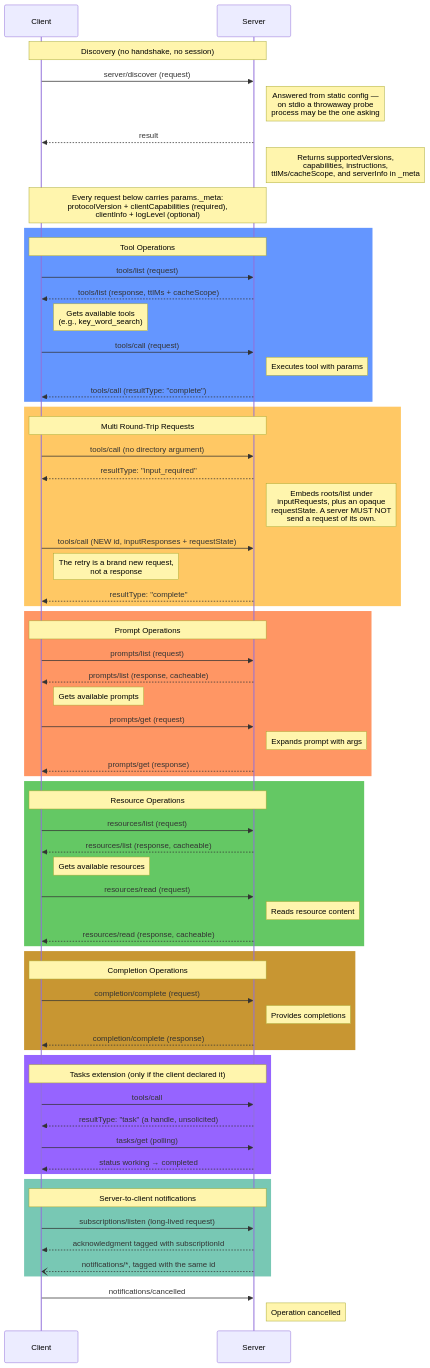
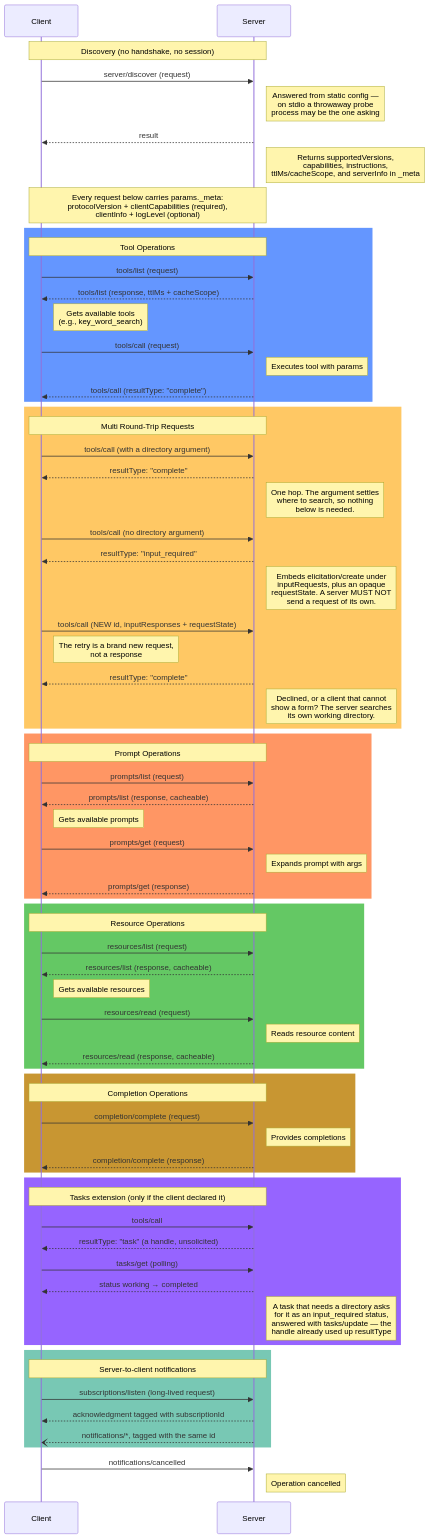
The diagram in lessons/02-mcp-message-flow.md (David-Parry/agent-mcp-workshop), drawn with Mermaid before and after one commit. The commit also changed other lines of this file and 138 other files, not shown here.

```diff
--- a/lessons/02-mcp-message-flow.md
+++ b/lessons/02-mcp-message-flow.md
@@ -26,12 +26,17 @@
 
     rect rgb(255, 200, 100)
         Note over Client,Server: Multi Round-Trip Requests
+        Client->>Server: tools/call (with a directory argument)
+        Server-->>Client: resultType: "complete"
+        Note right of Server: One hop. The argument settles<br/>where to search, so nothing<br/>below is needed.
+
         Client->>Server: tools/call (no directory argument)
         Server-->>Client: resultType: "input_required"
-        Note right of Server: Embeds roots/list under<br/>inputRequests, plus an opaque<br/>requestState. A server MUST NOT<br/>send a request of its own.
+        Note right of Server: Embeds elicitation/create under<br/>inputRequests, plus an opaque<br/>requestState. A server MUST NOT<br/>send a request of its own.
         Client->>Server: tools/call (NEW id, inputResponses + requestState)
         Note right of Client: The retry is a brand new request,<br/>not a response
         Server-->>Client: resultType: "complete"
+        Note right of Server: Declined, or a client that cannot<br/>show a form? The server searches<br/>its own working directory.
     end
 
     rect rgb(255, 150, 100)
@@ -69,6 +74,7 @@
         Server-->>Client: resultType: "task" (a handle, unsolicited)
         Client->>Server: tasks/get (polling)
         Server-->>Client: status working → completed
+        Note right of Server: A task that needs a directory asks<br/>for it as an input_required status,<br/>answered with tasks/update — the<br/>handle already used up resultType
     end
 
     rect rgb(120, 200, 180)
```
